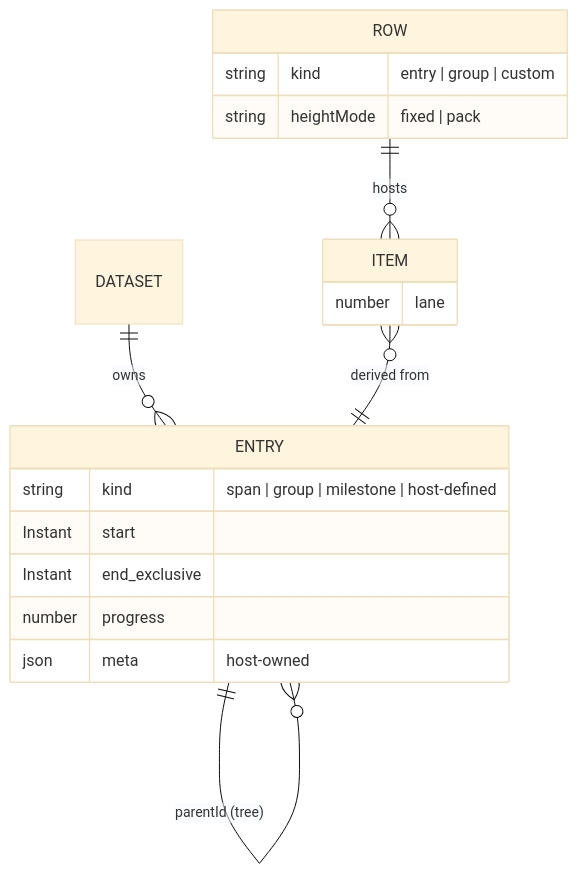
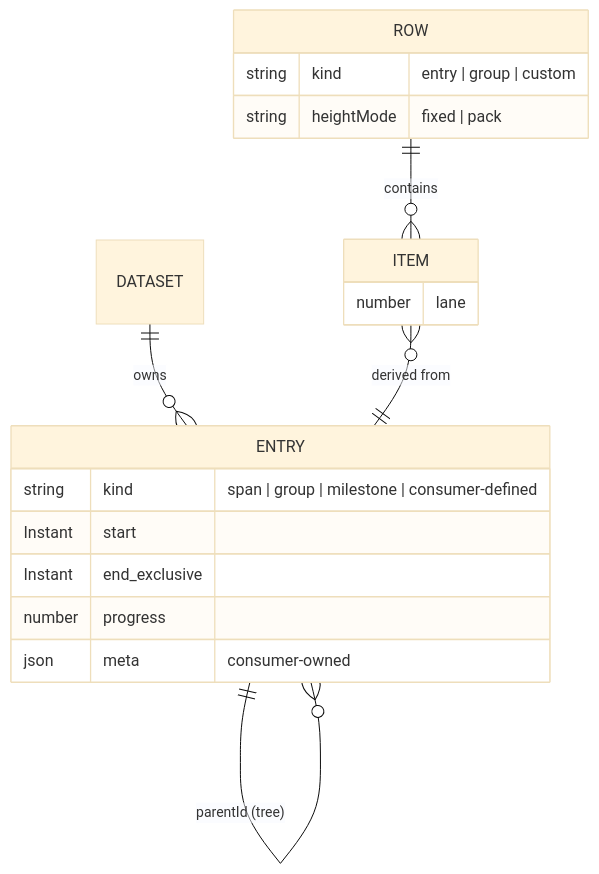
One commit to freegantt/freegantt changed the third of 6 diagrams in plans/01-domain-architecture.md. Above: the diagram before and after it, drawn with Mermaid (base theme). The commit also changed other lines of this file and 53 other files, not shown here.

First line of the commit message:
S1.11a: retire `host` for `container`/`consumer`, retire `Project`

````diff
--- a/plans/01-domain-architecture.md
+++ b/plans/01-domain-architecture.md
@@ -173,23 +173,23 @@
 ```mermaid
 erDiagram
   DATASET ||--o{ ENTRY : owns
   ENTRY ||--o{ ENTRY : "parentId (tree)"
 
-  ROW ||--o{ ITEM : hosts
+  ROW ||--o{ ITEM : contains
   ITEM }o--|| ENTRY : "derived from"
 
   ENTRY {
-    string kind "span | group | milestone | host-defined"
+    string kind "span | group | milestone | consumer-defined"
     Instant start
     Instant end_exclusive
     number progress
-    json meta "host-owned"
+    json meta "consumer-owned"
   }
   ROW {
     string kind "entry | group | custom"
     string heightMode "fixed | pack"
   }
   ITEM {
     number lane
   }
 ```
````
